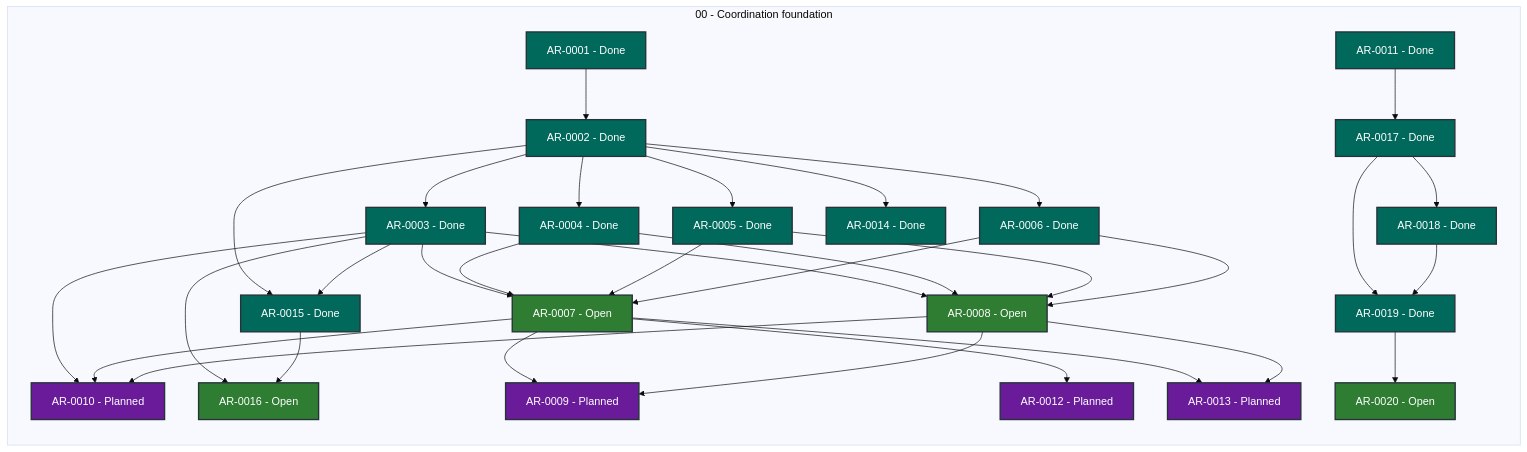
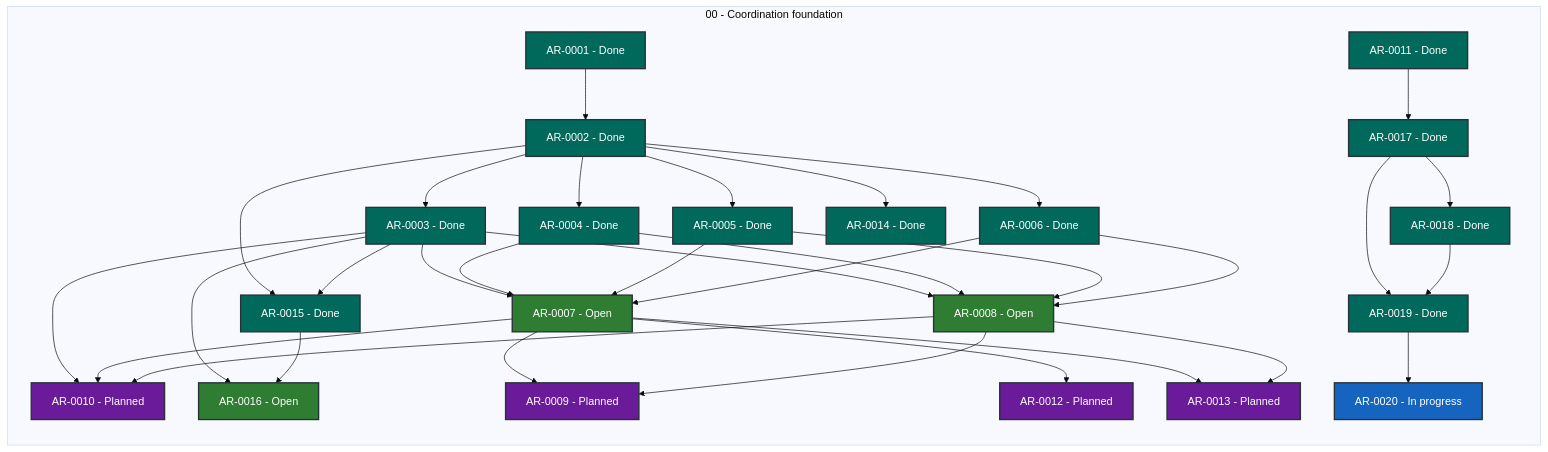
Before and after one commit to martin-beck/agent-workflow-coordinator-state: the diagram in STATUS.md, drawn with Mermaid (base theme). The commit also changed other lines of this file and 2 other files, not shown here.

````diff
--- a/STATUS.md
+++ b/STATUS.md
@@ -27,65 +27,65 @@
 ```mermaid
 flowchart LR
     subgraph series_00["00 - Coordination foundation"]
         direction TB
         AR_0001["AR-0001 - Done"]:::status_done
         AR_0002["AR-0002 - Done"]:::status_done
         AR_0003["AR-0003 - Done"]:::status_done
         AR_0004["AR-0004 - Done"]:::status_done
         AR_0005["AR-0005 - Done"]:::status_done
         AR_0006["AR-0006 - Done"]:::status_done
         AR_0007["AR-0007 - Open"]:::status_open
         AR_0008["AR-0008 - Open"]:::status_open
         AR_0009["AR-0009 - Planned"]:::status_planned
         AR_0010["AR-0010 - Planned"]:::status_planned
         AR_0011["AR-0011 - Done"]:::status_done
         AR_0012["AR-0012 - Planned"]:::status_planned
         AR_0013["AR-0013 - Planned"]:::status_planned
         AR_0014["AR-0014 - Done"]:::status_done
         AR_0015["AR-0015 - Done"]:::status_done
         AR_0016["AR-0016 - Open"]:::status_open
         AR_0017["AR-0017 - Done"]:::status_done
         AR_0018["AR-0018 - Done"]:::status_done
         AR_0019["AR-0019 - Done"]:::status_done
-        AR_0020["AR-0020 - Open"]:::status_open
+        AR_0020["AR-0020 - In progress"]:::status_in_progress
     end
     AR_0001 --> AR_0002
     AR_0002 --> AR_0003
     AR_0002 --> AR_0004
     AR_0002 --> AR_0005
     AR_0002 --> AR_0006
     AR_0002 --> AR_0014
     AR_0002 --> AR_0015
     AR_0003 --> AR_0007
     AR_0003 --> AR_0008
     AR_0003 --> AR_0010
     AR_0003 --> AR_0015
     AR_0003 --> AR_0016
     AR_0004 --> AR_0007
     AR_0004 --> AR_0008
     AR_0005 --> AR_0007
     AR_0005 --> AR_0008
     AR_0006 --> AR_0007
     AR_0006 --> AR_0008
     AR_0007 --> AR_0009
     AR_0007 --> AR_0010
     AR_0007 --> AR_0012
     AR_0007 --> AR_0013
     AR_0008 --> AR_0009
     AR_0008 --> AR_0010
     AR_0008 --> AR_0013
     AR_0011 --> AR_0017
     AR_0015 --> AR_0016
     AR_0017 --> AR_0018
     AR_0017 --> AR_0019
     AR_0018 --> AR_0019
     AR_0019 --> AR_0020
     classDef status_in_progress fill:#1565c0,color:#ffffff,stroke:#263238,stroke-width:2px
     classDef status_open fill:#2e7d32,color:#ffffff,stroke:#263238,stroke-width:2px
     classDef status_blocked fill:#c62828,color:#ffffff,stroke:#263238,stroke-width:2px
     classDef status_planned fill:#6a1b9a,color:#ffffff,stroke:#263238,stroke-width:2px
     classDef status_future fill:#455a64,color:#ffffff,stroke:#263238,stroke-width:2px
     classDef status_done fill:#00695c,color:#ffffff,stroke:#263238,stroke-width:2px
     classDef status_cancelled fill:#616161,color:#ffffff,stroke:#263238,stroke-width:2px
     classDef status_superseded fill:#5d4037,color:#ffffff,stroke:#263238,stroke-width:2px
 ```
````
